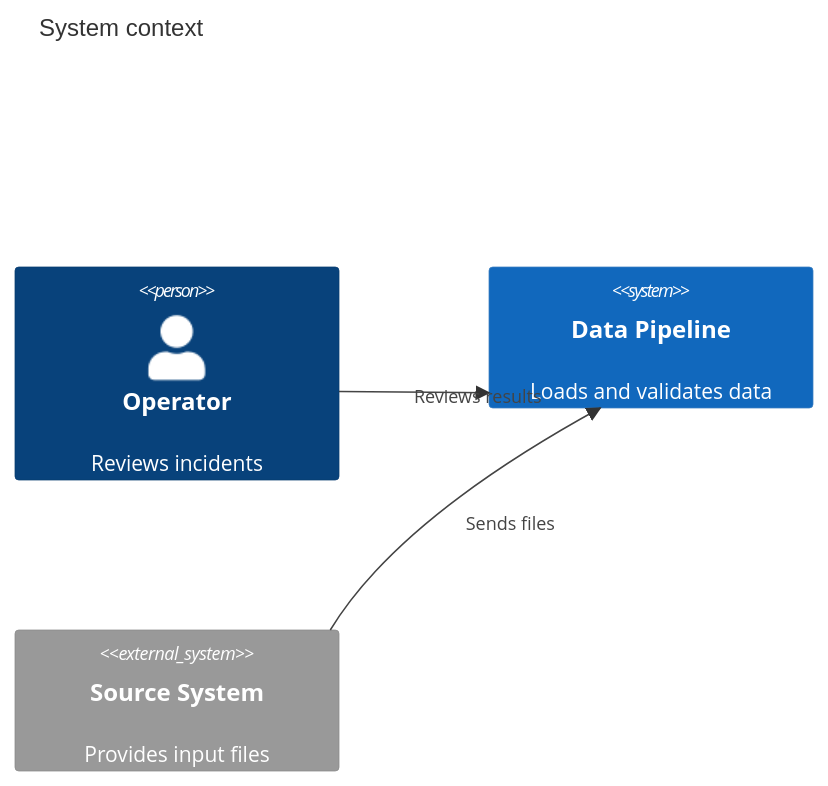
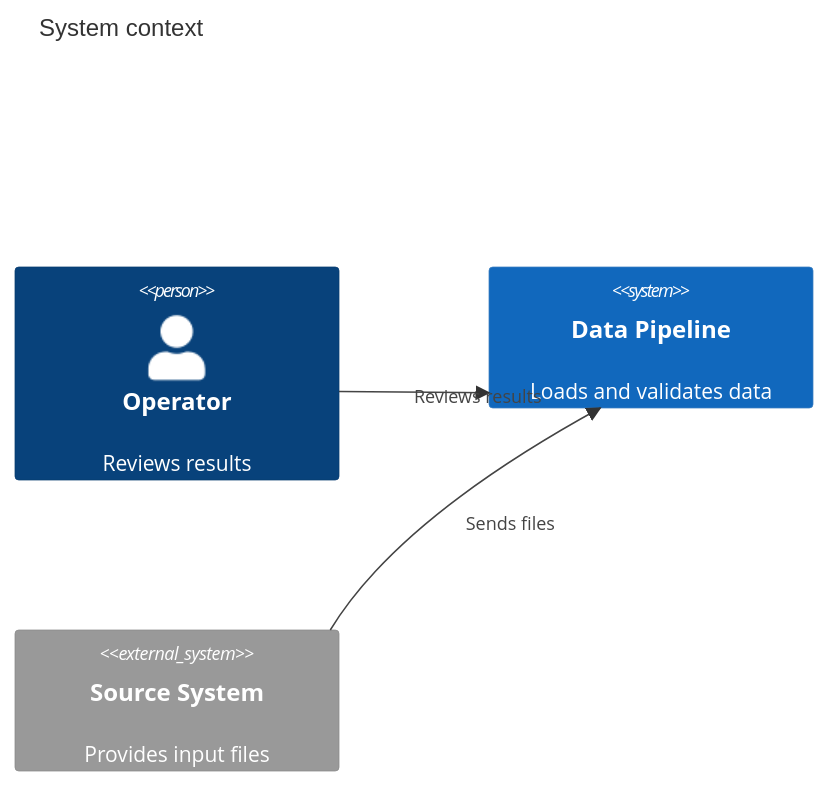
Before and after one commit to mols3131d/mols-agent-assets: the first of 6 diagrams in src/rulesync/.rulesync/skills/mols-mermaid-diagram/references/examples/c4-context.md, drawn with Mermaid. The commit also changed other lines of this file and 7 other files, not shown here.

First line of the commit message:
fix: Mermaid diagram 스킬 책임 경계 개선 (#162)

````diff
--- a/src/rulesync/.rulesync/skills/mols-mermaid-diagram/references/examples/c4-context.md
+++ b/src/rulesync/.rulesync/skills/mols-mermaid-diagram/references/examples/c4-context.md
@@ -5,10 +5,10 @@
 ```mermaid
 C4Context
     title System context
-    Person(operator, "Operator", "Reviews incidents")
+    Person(operator, "Operator", "Reviews results")
     System(pipeline, "Data Pipeline", "Loads and validates data")
     System_Ext(source, "Source System", "Provides input files")
 
     Rel(operator, pipeline, "Reviews results")
     Rel(source, pipeline, "Sends files")
 ```
````
